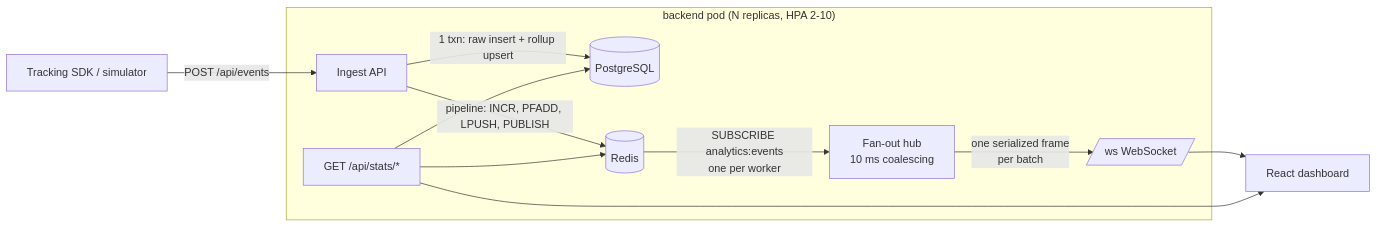
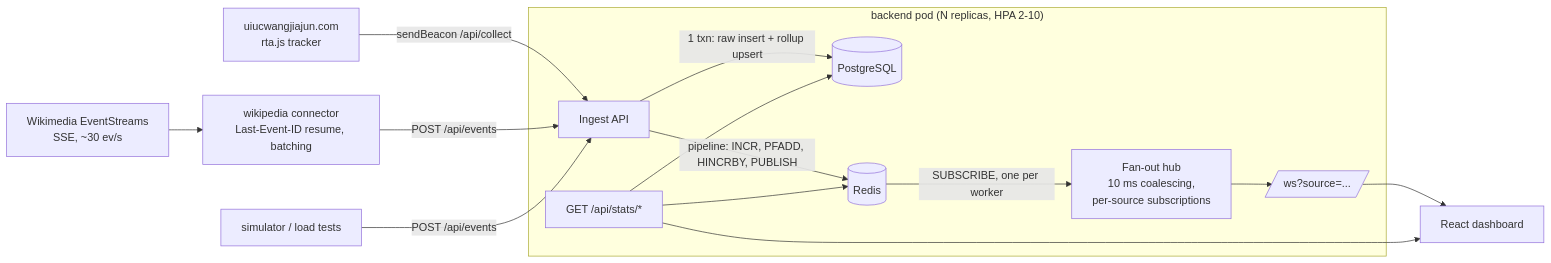
One commit to JiajunWang23/realtime-analytics-dashboard changed the diagram in README.md. Above: the diagram before and after it, drawn with Mermaid. The commit also changed other lines of this file and 26 other files, not shown here.

First line of the commit message:
Add live Wikipedia EventStreams and personal-website tracker sources

````diff
--- a/README.md
+++ b/README.md
@@ -11,14 +16,17 @@
 ```mermaid
 flowchart LR
-  SDK[Tracking SDK / simulator] -->|POST /api/events| ING
+  WM[Wikimedia EventStreams<br/>SSE, ~30 ev/s] --> CONN[wikipedia connector<br/>Last-Event-ID resume, batching]
+  SITE[uiucwangjiajun.com<br/>rta.js tracker] -->|sendBeacon /api/collect| ING
+  CONN -->|POST /api/events| ING
+  SIM[simulator / load tests] -->|POST /api/events| ING
   subgraph Pod["backend pod (N replicas, HPA 2-10)"]
     ING[Ingest API] -->|1 txn: raw insert + rollup upsert| PG[(PostgreSQL)]
-    ING -->|pipeline: INCR, PFADD, LPUSH, PUBLISH| R[(Redis)]
-    R -->|SUBSCRIBE analytics:events<br/>one per worker| HUB[Fan-out hub<br/>10 ms coalescing]
-    HUB -->|one serialized frame<br/>per batch| WS[/ws WebSocket/]
+    ING -->|pipeline: INCR, PFADD, HINCRBY, PUBLISH| R[(Redis)]
+    R -->|SUBSCRIBE, one per worker| HUB[Fan-out hub<br/>10 ms coalescing,<br/>per-source subscriptions]
+    HUB --> WS[/ws?source=.../]
     API[GET /api/stats/*] --> PG
     API --> R
   end
   WS --> UI[React dashboard]
   API --> UI
 ```
````
